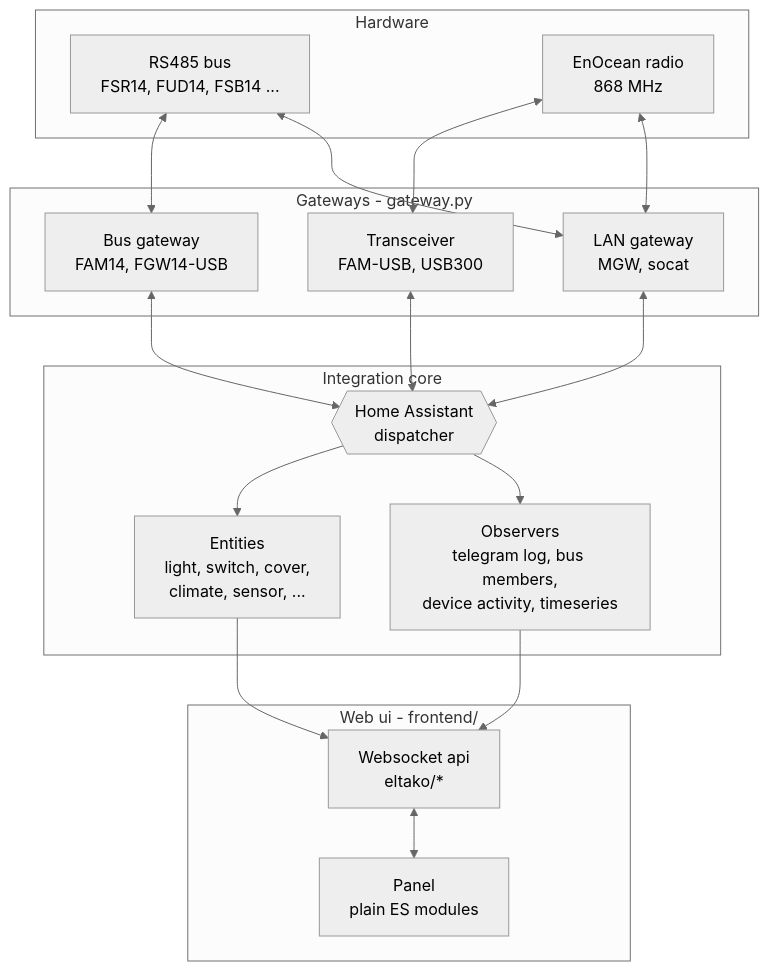
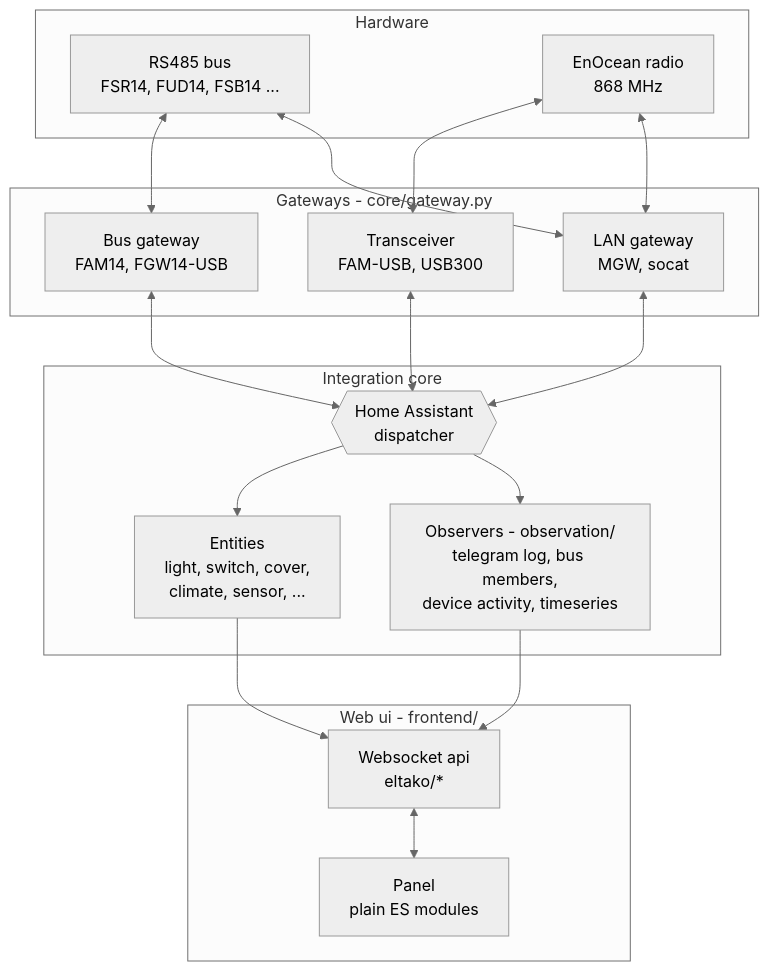
One commit to grimmpp/home-assistant-eltako changed the first of 2 diagrams in docs/architecture/readme.md. Above: the diagram before and after it, drawn with Mermaid (neutral theme). The commit also changed other lines of this file and 208 other files, not shown here.

````diff
--- a/docs/architecture/readme.md
+++ b/docs/architecture/readme.md
@@ -19,35 +19,35 @@
 ```mermaid
 flowchart TB
     subgraph HW["Hardware"]
         BUS["RS485 bus<br/>FSR14, FUD14, FSB14 ..."]
         RADIO["EnOcean radio<br/>868 MHz"]
     end
 
-    subgraph GW["Gateways - gateway.py"]
+    subgraph GW["Gateways - core/gateway.py"]
         G1["Bus gateway<br/>FAM14, FGW14-USB"]
         G2["Transceiver<br/>FAM-USB, USB300"]
         G3["LAN gateway<br/>MGW, socat"]
     end
 
     subgraph CORE["Integration core"]
         DISP{{"Home Assistant<br/>dispatcher"}}
         ENT["Entities<br/>light, switch, cover,<br/>climate, sensor, ..."]
-        OBS["Observers<br/>telegram log, bus members,<br/>device activity, timeseries"]
+        OBS["Observers - observation/<br/>telegram log, bus members,<br/>device activity, timeseries"]
     end
 
     subgraph UI["Web ui - frontend/"]
         WS["Websocket api<br/>eltako/*"]
         PANEL["Panel<br/>plain ES modules"]
     end
 
     BUS <--> G1
     RADIO <--> G2
     RADIO <--> G3
     BUS <--> G3
     G1 & G2 & G3 <--> DISP
     DISP --> ENT
     DISP --> OBS
     OBS --> WS
     ENT --> WS
     WS <--> PANEL
 ```
````
